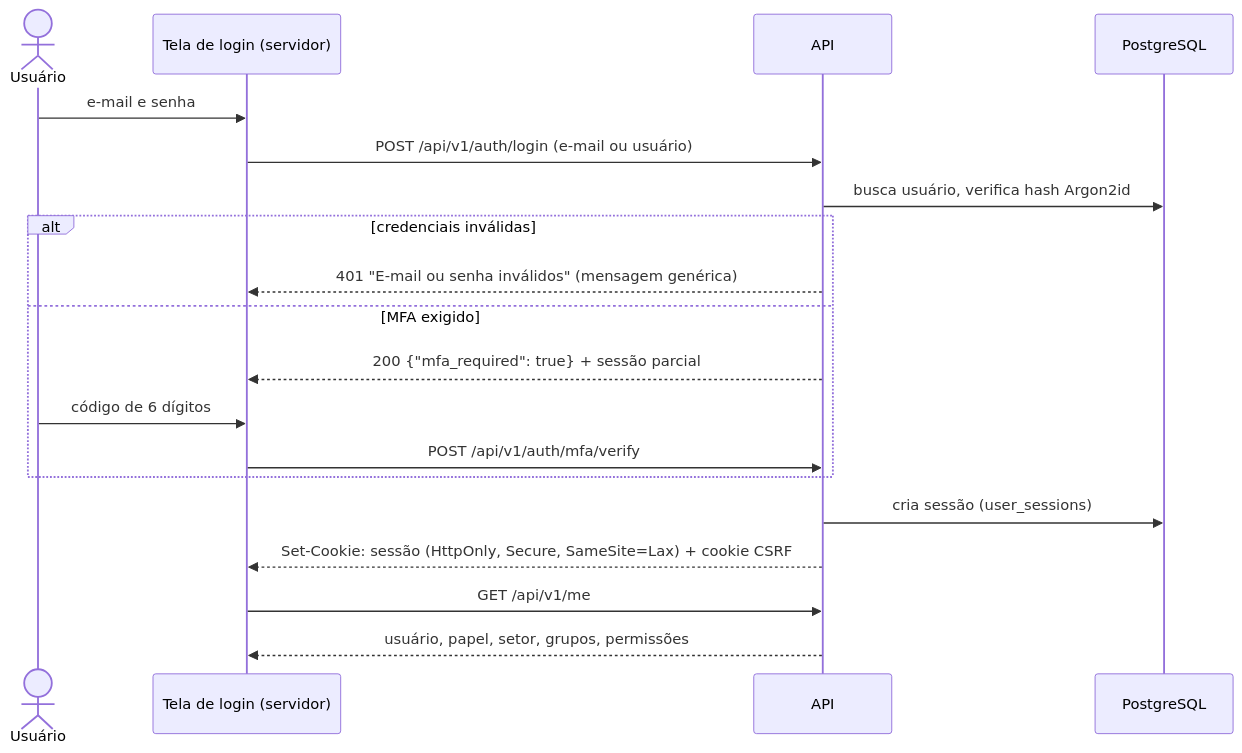
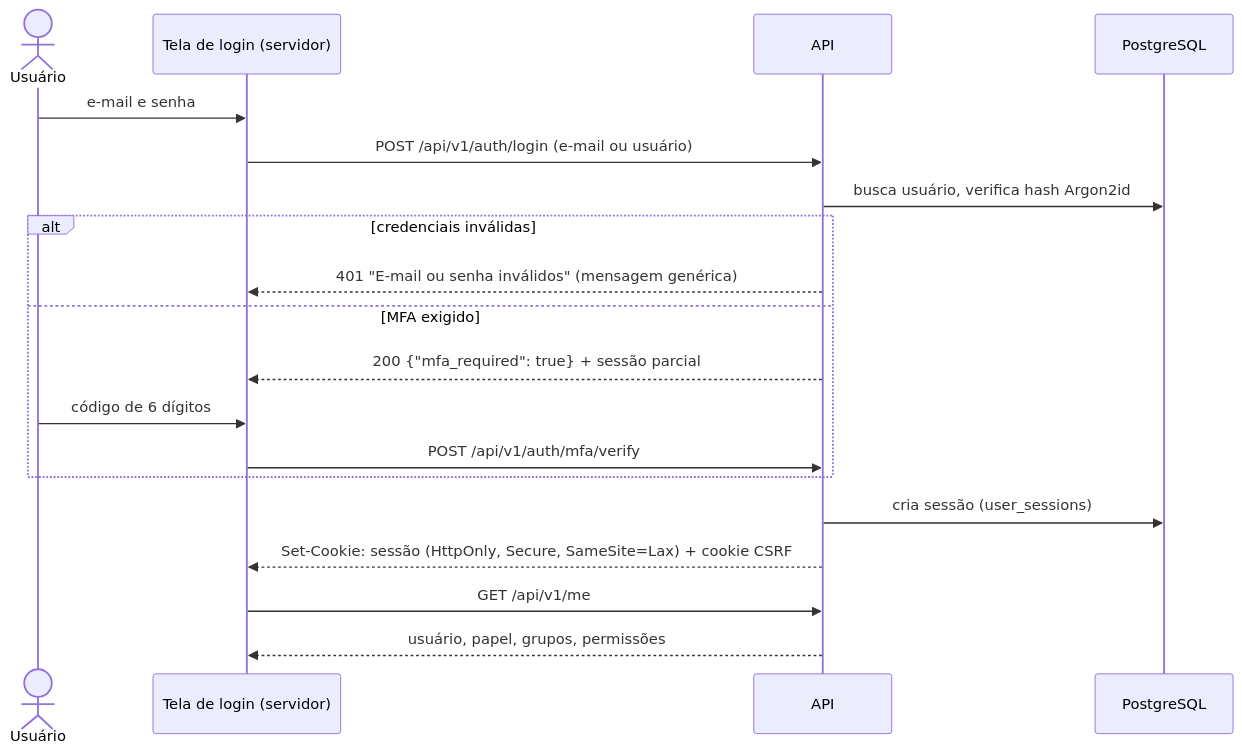
Before and after one commit to 0LB-i/ticketflow: the first of 2 diagrams in docs/09-login-e-autenticacao.md, drawn with Mermaid. The commit also changed other lines of this file and 35 other files, not shown here.

````diff
--- a/docs/09-login-e-autenticacao.md
+++ b/docs/09-login-e-autenticacao.md
@@ -34,21 +34,21 @@
 ```mermaid
 sequenceDiagram
     actor U as Usuário
     participant S as Tela de login (servidor)
     participant A as API
     participant DB as PostgreSQL
     U->>S: e-mail e senha
     S->>A: POST /api/v1/auth/login (e-mail ou usuário)
     A->>DB: busca usuário, verifica hash Argon2id
     alt credenciais inválidas
         A-->>S: 401 "E-mail ou senha inválidos" (mensagem genérica)
     else MFA exigido
         A-->>S: 200 {"mfa_required": true} + sessão parcial
         U->>S: código de 6 dígitos
         S->>A: POST /api/v1/auth/mfa/verify
     end
     A->>DB: cria sessão (user_sessions)
     A-->>S: Set-Cookie: sessão (HttpOnly, Secure, SameSite=Lax) + cookie CSRF
     S->>A: GET /api/v1/me
-    A-->>S: usuário, papel, setor, grupos, permissões
+    A-->>S: usuário, papel, grupos, permissões
 ```
````
